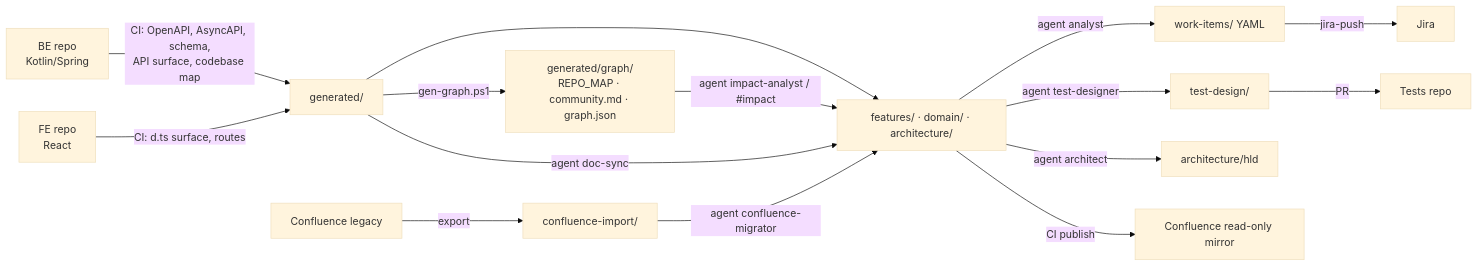
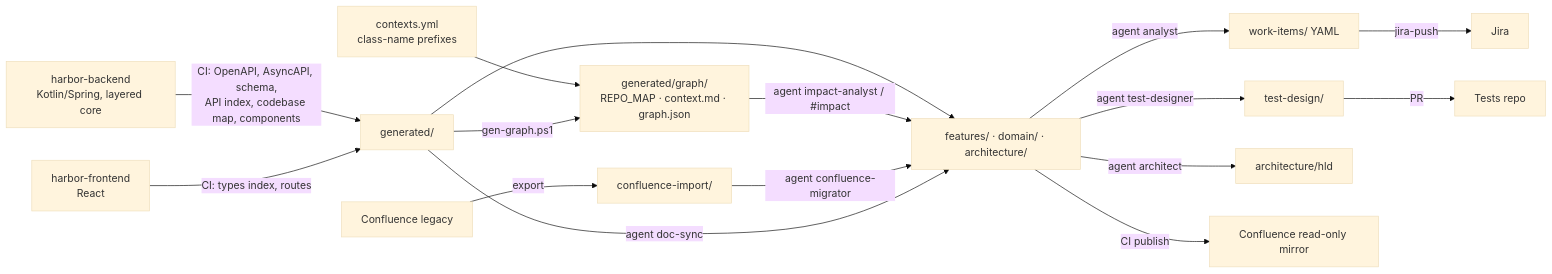
The diagram in docs-repo/README.md (NatSjm/investigation), drawn with Mermaid (base theme) before and after one commit. The commit also changed other lines of this file and 598 other files, not shown here.

````diff
--- a/docs-repo/README.md
+++ b/docs-repo/README.md
@@ -16,15 +19,16 @@
 ```mermaid
 flowchart LR
-  BE[BE repo<br/>Kotlin/Spring] -- CI: OpenAPI, AsyncAPI, schema,<br/>API surface, codebase map --> GEN[generated/]
-  FE[FE repo<br/>React] -- CI: d.ts surface, routes --> GEN
+  BE[harbor-backend<br/>Kotlin/Spring, layered core] -- CI: OpenAPI, AsyncAPI, schema,<br/>API index, codebase map, components --> GEN[generated/]
+  FE[harbor-frontend<br/>React] -- CI: types index, routes --> GEN
   CONF[Confluence legacy] -- export --> IMP[confluence-import/]
   GEN --> SPEC[features/ · domain/ · architecture/]
-  GEN -- gen-graph.ps1 --> GRAPH[generated/graph/<br/>REPO_MAP · community.md · graph.json]
+  CTX[contexts.yml<br/>class-name prefixes] --> GRAPH
+  GEN -- gen-graph.ps1 --> GRAPH[generated/graph/<br/>REPO_MAP · context.md · graph.json]
   GRAPH -- agent impact-analyst / #impact --> SPEC
   IMP -- agent confluence-migrator --> SPEC
   GEN -- agent doc-sync --> SPEC
   SPEC -- agent analyst --> WI[work-items/ YAML] -- jira-push --> JIRA[Jira]
   SPEC -- agent test-designer --> TD[test-design/] -- PR --> TESTS[Tests repo]
   SPEC -- agent architect --> HLD[architecture/hld]
   SPEC -- CI publish --> CONF2[Confluence read-only mirror]
 ```
````
